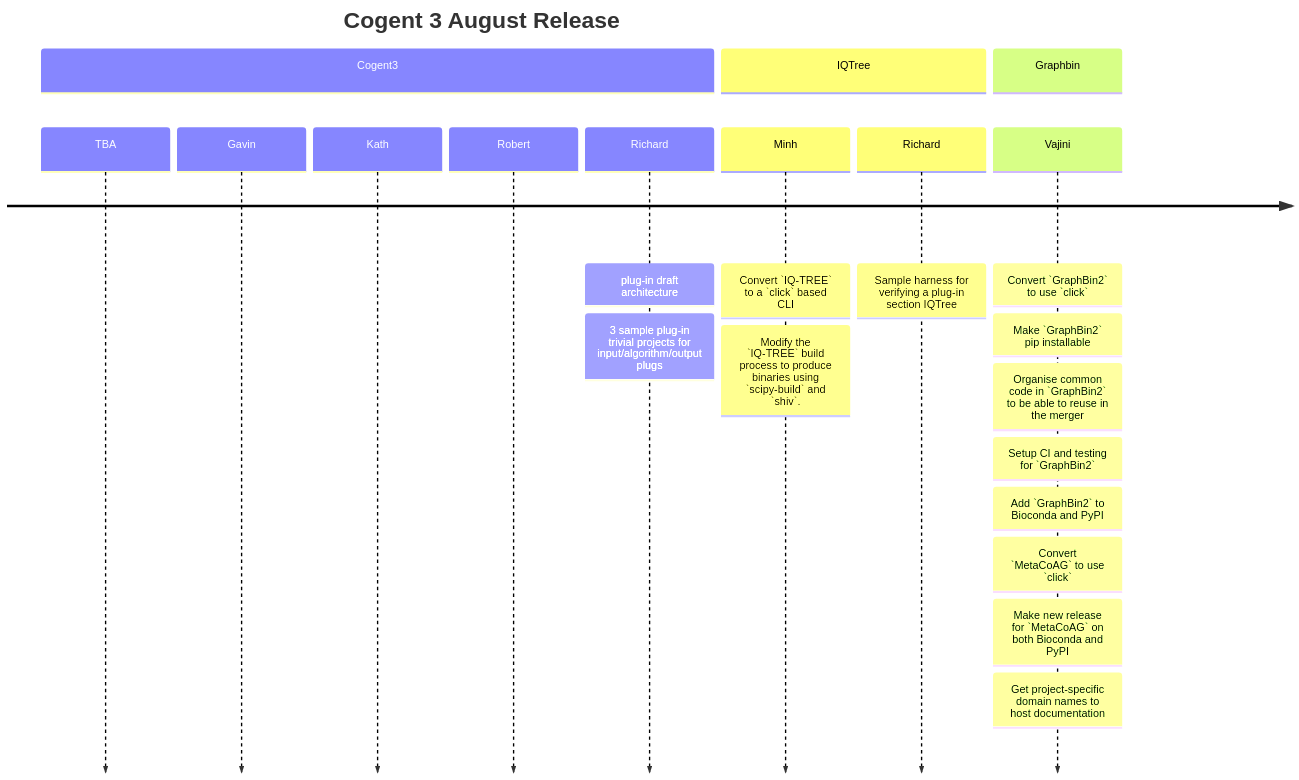
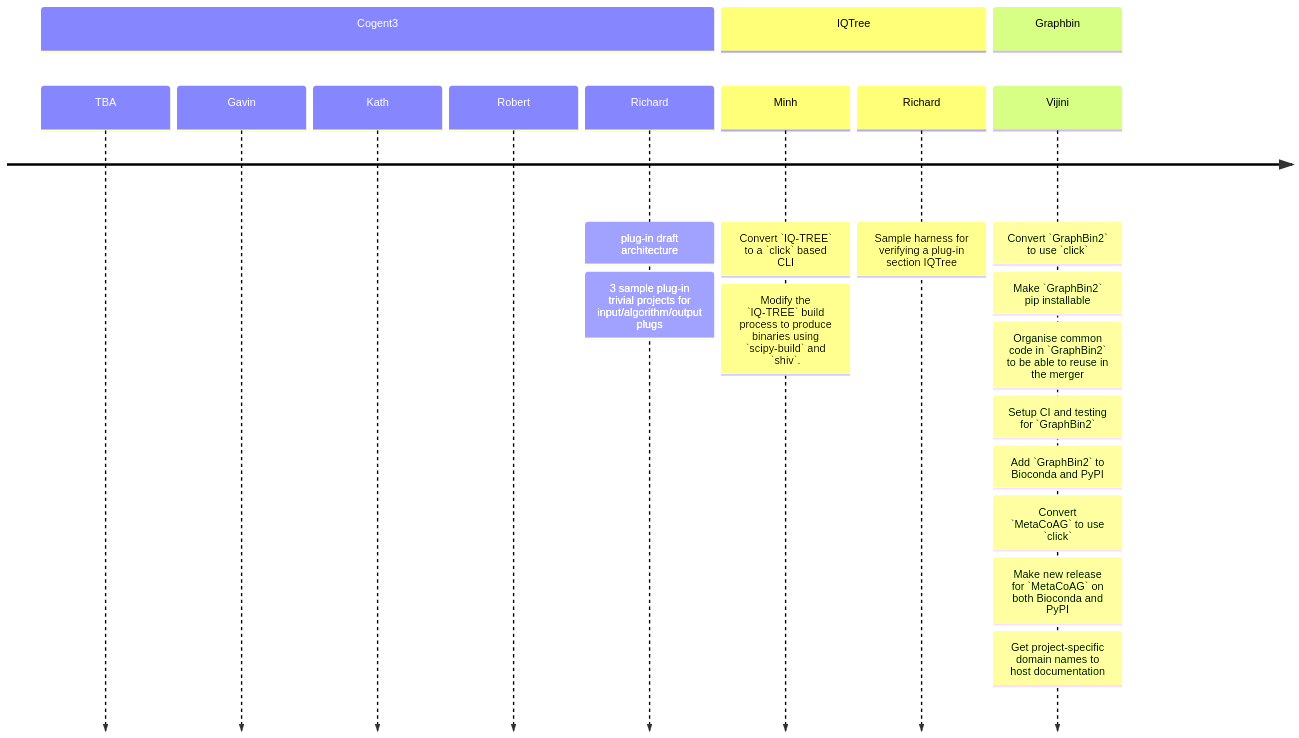
The second of 4 diagrams in docs/milestones.md (khiron/testscriv), drawn with Mermaid before and after one commit. The commit also changed other lines of this file, not shown here.

````diff
--- a/docs/milestones.md
+++ b/docs/milestones.md
@@ -28,33 +31,31 @@
 ```mermaid
 timeline
-title Cogent 3 August Release
-
 section Cogent3
 TBA 
 Gavin 
 Kath 
 Robert 
 Richard 
 : plug-in draft architecture 
 : 3 sample plug-in trivial projects for input/algorithm/output plugs 
 
 section IQTree
 Minh 
 : Convert `IQ-TREE` to a `click` based CLI
 : Modify the `IQ-TREE` build process to produce binaries using `scipy-build` and `shiv`. 
 Richard
 : Sample harness for verifying a plug-in section IQTree
 
 
 section Graphbin 
-Vajini 
+Vijini 
 : Convert `GraphBin2` to use `click`
 : Make `GraphBin2` pip installable
 : Organise common code in `GraphBin2` to be able to reuse in the merger
 : Setup CI and testing for `GraphBin2`
 : Add `GraphBin2` to Bioconda and PyPI
 : Convert `MetaCoAG` to use `click`
 : Make new release for `MetaCoAG` on both Bioconda and PyPI
 : Get project-specific domain names to host documentation​
 
 ```
````
